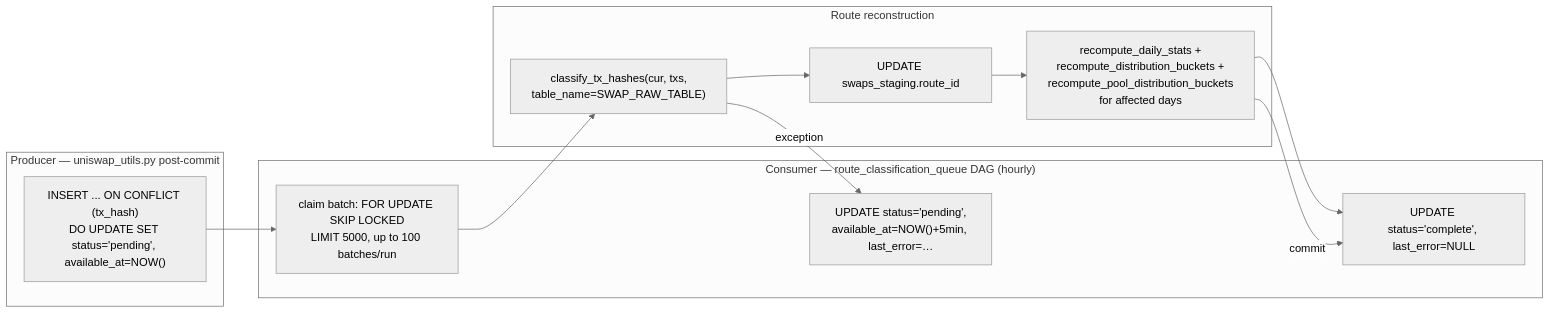
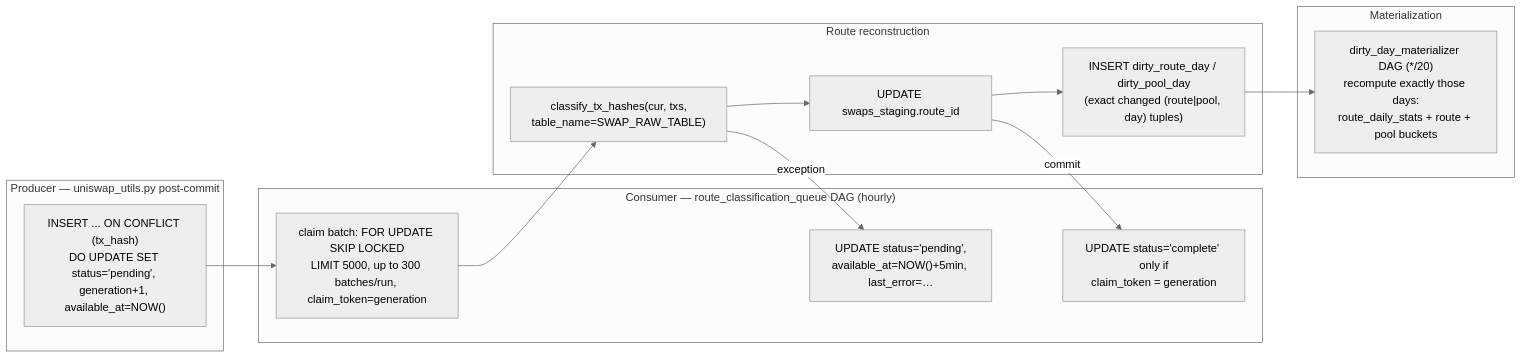
The fifth of 6 diagrams in chain-feeder/docs/SWAP_INGESTION.md (bekisz/chaintelligence), drawn with Mermaid (neutral theme) before and after one commit. The commit also changed other lines of this file and 2 other files, not shown here.

First line of the commit message:
docs: update architecture docs for the declarative O&D control plane

````diff
--- a/chain-feeder/docs/SWAP_INGESTION.md
+++ b/chain-feeder/docs/SWAP_INGESTION.md
@@ -235,20 +236,24 @@
 ```mermaid
 flowchart LR
     subgraph Producer["Producer — uniswap_utils.py post-commit"]
-        ENQ["INSERT ... ON CONFLICT (tx_hash)<br/>DO UPDATE SET status='pending', available_at=NOW()"]
+        ENQ["INSERT ... ON CONFLICT (tx_hash)<br/>DO UPDATE SET status='pending', generation+1, available_at=NOW()"]
     end
     subgraph Consumer["Consumer — route_classification_queue DAG (hourly)"]
-        CL["claim batch: FOR UPDATE SKIP LOCKED<br/>LIMIT 5000, up to 100 batches/run"]
-        OK["UPDATE status='complete', last_error=NULL"]
+        CL["claim batch: FOR UPDATE SKIP LOCKED<br/>LIMIT 5000, up to 300 batches/run, claim_token=generation"]
+        OK["UPDATE status='complete' only if<br/>claim_token = generation"]
         RET["UPDATE status='pending',<br/>available_at=NOW()+5min, last_error=…"]
     end
     subgraph Work["Route reconstruction"]
         CG["classify_tx_hashes(cur, txs,<br/>table_name=SWAP_RAW_TABLE)"]
         UP["UPDATE swaps_staging.route_id"]
-        RU["recompute_daily_stats +<br/>recompute_distribution_buckets +<br/>recompute_pool_distribution_buckets<br/>for affected days"]
+        DIRT["INSERT dirty_route_day / dirty_pool_day<br/>(exact changed (route|pool, day) tuples)"]
+    end
+    subgraph Mat["Materialization"]
+        MAT["dirty_day_materializer DAG (*/20)<br/>recompute exactly those days:<br/>route_daily_stats + route + pool buckets"]
     end
 
-    ENQ --> CL --> CG --> UP --> RU --> OK
+    ENQ --> CL --> CG --> UP --> DIRT
+    DIRT --> MAT
     CG -->|"exception"| RET
-    RU -->|"commit"| OK
+    UP -->|"commit"| OK
 ```
````
